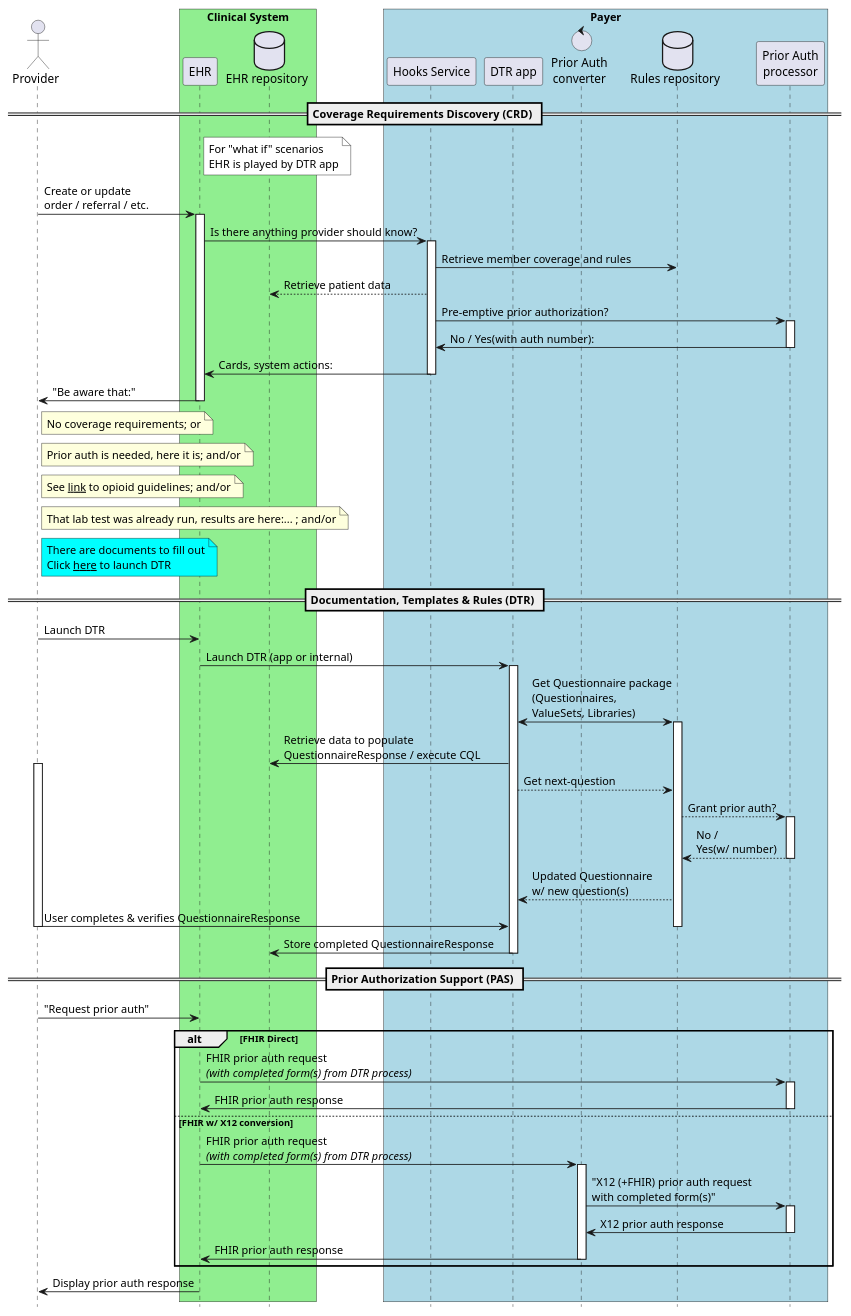
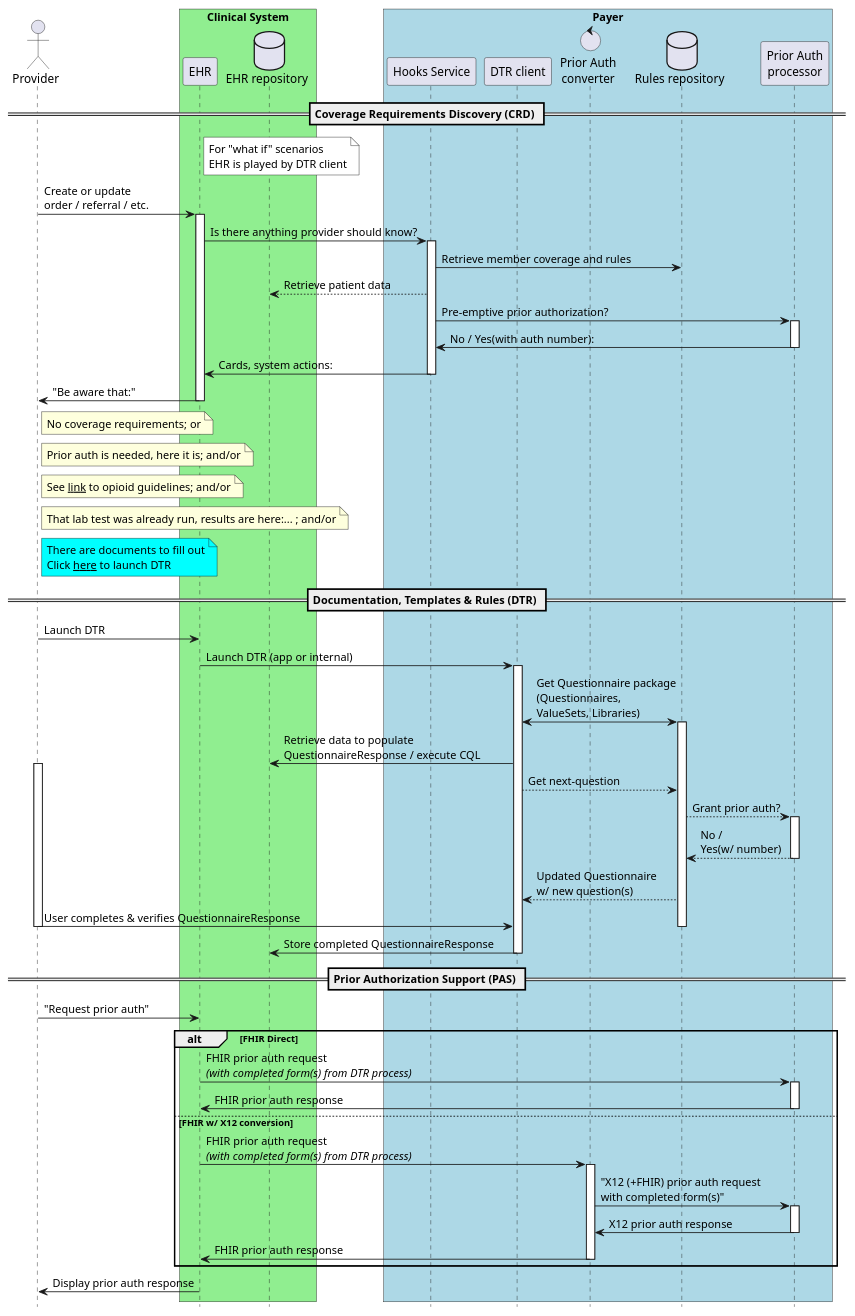
One commit to HL7/ig-template-davinci changed the diagram in images-source/burdenReduction.plantuml. Above: the diagram before and after it, drawn with PlantUML.

Commit message:
Correct DTR app to be DTR client

```diff
--- a/images-source/burdenReduction.plantuml
+++ b/images-source/burdenReduction.plantuml
@@ -1,82 +1,82 @@
 @startuml
 hide footbox
 actor "Provider"
 box "Clinical System" #LightGreen
   participant EHR
   database "EHR repository"
 end box
 box "Payer" #LightBlue
   participant "Hooks Service"
-  participant "DTR app"
+  participant "DTR client"
   control converter as "Prior Auth\nconverter"
   database "Rules repository"
   participant processor as "Prior Auth\nprocessor"
 end box
 
 == Coverage Requirements Discovery (CRD) ==
 
 note right of EHR #white
   For "what if" scenarios
-  EHR is played by DTR app
+  EHR is played by DTR client
 end note
 "Provider" -> "EHR" : Create or update\norder / referral / etc.
 Activate EHR
   "EHR" -> "Hooks Service" : Is there anything provider should know? 
 Activate "Hooks Service"
   "Hooks Service" -> "Rules repository" : Retrieve member coverage and rules
   "Hooks Service" --> "EHR repository" : Retrieve patient data
 Deactivate "Rules repository"  
   "Hooks Service" -> processor : Pre-emptive prior authorization?
 Activate processor
   "Hooks Service" <- processor : No / Yes(with auth number):
 Deactivate processor
   "EHR" <- "Hooks Service" : Cards, system actions:
 Deactivate "Hooks Service"
   "EHR" -> "Provider": "Be aware that:"
   note right of Provider: No coverage requirements; or
   note right of Provider: Prior auth is needed, here it is; and/or
   note right of Provider: See __link__ to opioid guidelines; and/or
   note right of Provider: That lab test was already run, results are here:... ; and/or
   note right of Provider #aqua
     There are documents to fill out
     Click __here__ to launch DTR
   end note
 Deactivate EHR
 == Documentation, Templates & Rules (DTR) ==
 "Provider" -> "EHR": Launch DTR
-  "EHR" -> "DTR app": Launch DTR (app or internal)
-Activate "DTR app"
-  "DTR app" <-> "Rules repository": Get Questionnaire package\n(Questionnaires,\nValueSets, Libraries)
+  "EHR" -> "DTR client": Launch DTR (app or internal)
+Activate "DTR client"
+  "DTR client" <-> "Rules repository": Get Questionnaire package\n(Questionnaires,\nValueSets, Libraries)
 Activate "Rules repository"
-  "DTR app" -> "EHR repository": Retrieve data to populate\nQuestionnaireResponse / execute CQL
+  "DTR client" -> "EHR repository": Retrieve data to populate\nQuestionnaireResponse / execute CQL
 Activate Provider
-  "DTR app" --> "Rules repository": Get next-question
+  "DTR client" --> "Rules repository": Get next-question
   "Rules repository" --> processor : Grant prior auth?
 Activate processor
   "Rules repository" <-- processor : No /\nYes(w/ number)
 Deactivate processor
-  "DTR app" <-- "Rules repository": Updated Questionnaire\nw/ new question(s)
-  "DTR app" <- "Provider": User completes & verifies QuestionnaireResponse
+  "DTR client" <-- "Rules repository": Updated Questionnaire\nw/ new question(s)
+  "DTR client" <- "Provider": User completes & verifies QuestionnaireResponse
 Deactivate Provider
 Deactivate "Rules repository"
-  "DTR app" -> "EHR repository": Store completed QuestionnaireResponse
-Deactivate "DTR app"
+  "DTR client" -> "EHR repository": Store completed QuestionnaireResponse
+Deactivate "DTR client"
 == Prior Authorization Support (PAS) ==
 Provider -> EHR: "Request prior auth"
 alt FHIR Direct
   EHR -> processor: FHIR prior auth request\n//(with completed form(s) from DTR process)//
 Activate processor
   EHR <- processor: FHIR prior auth response
 Deactivate processor
 Else FHIR w/ X12 conversion
   EHR -> converter: FHIR prior auth request\n//(with completed form(s) from DTR process)//
 Activate converter
   converter -> processor: "X12 (+FHIR) prior auth request\nwith completed form(s)"
 Activate processor
   processor -> converter: X12 prior auth response
 Deactivate processor
   converter -> EHR: FHIR prior auth response
 Deactivate converter
 End
 EHR -> Provider: Display prior auth response
 @enduml
```
